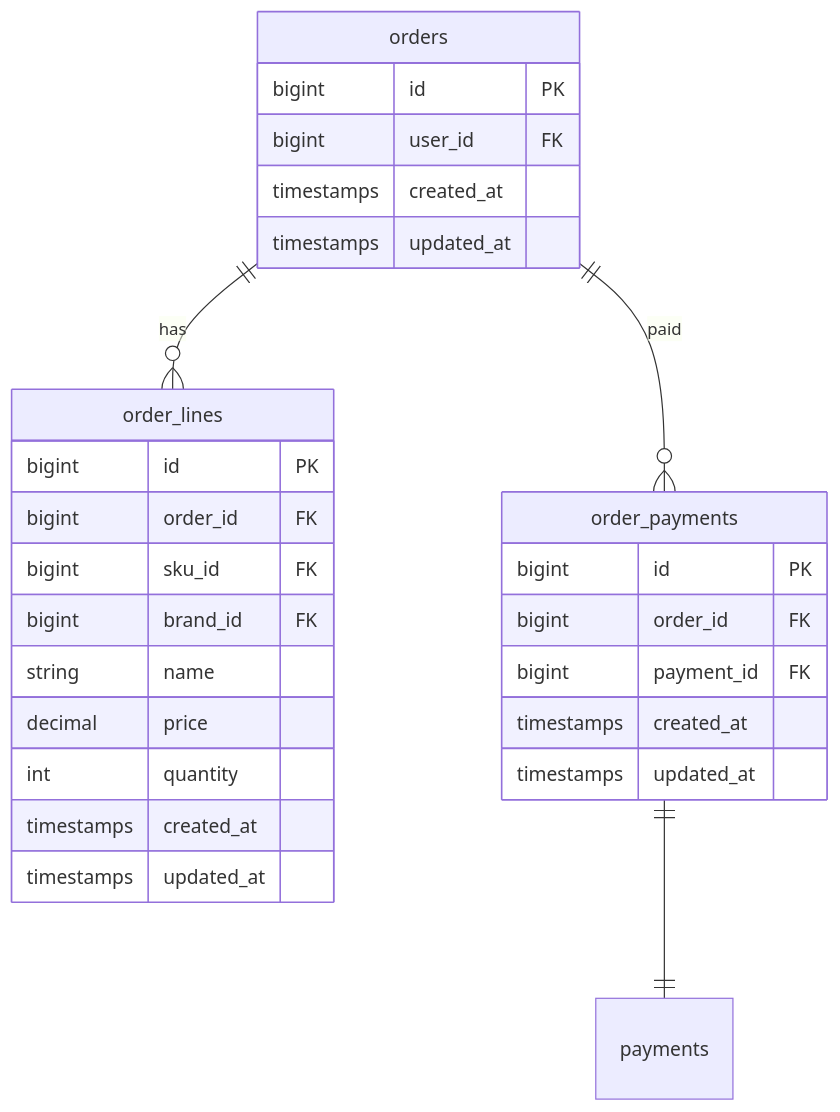
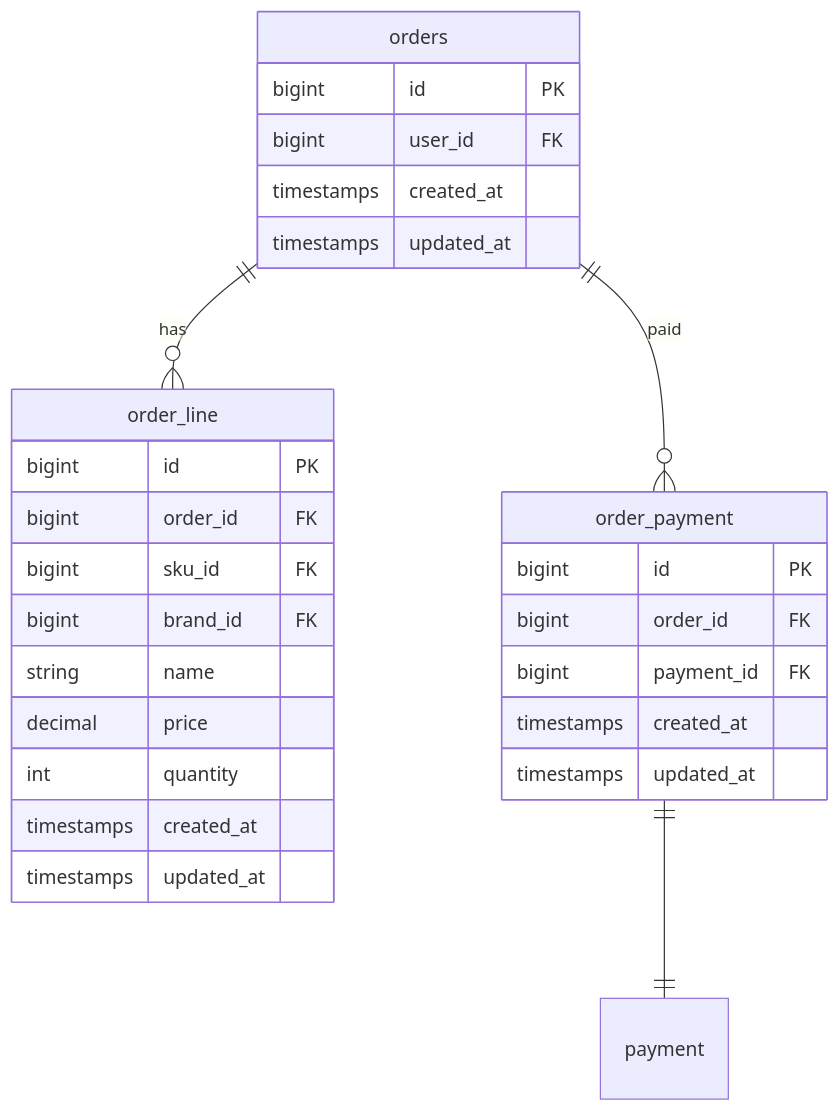
Before and after one commit to jsween5723/loopers-spring-kotlin-template: the fourth of 6 diagrams in docs/04-erd.md, drawn with Mermaid. The commit also changed other lines of this file and 3 other files, not shown here.

````diff
--- a/docs/04-erd.md
+++ b/docs/04-erd.md
@@ -139,31 +139,31 @@
 ```mermaid
 erDiagram    
     %% 주문
     orders {
         bigint id PK
         bigint user_id FK
         timestamps created_at
         timestamps updated_at
     }
-    order_lines {
+    order_line {
         bigint id PK
         bigint order_id FK
         bigint sku_id FK
         bigint brand_id FK
         string name
         decimal price
         int quantity
         timestamps created_at
         timestamps updated_at
     }
-    order_payments {
+    order_payment {
         bigint id PK
         bigint order_id FK
         bigint payment_id FK
         timestamps created_at
         timestamps updated_at
     }
-    orders ||--o{ order_lines: has
-    orders ||--o{ order_payments: paid
-    order_payments ||--|| payments: ""
+    orders ||--o{ order_line: has
+    orders ||--o{ order_payment: paid
+    order_payment ||--|| payment: ""
 ```
````
